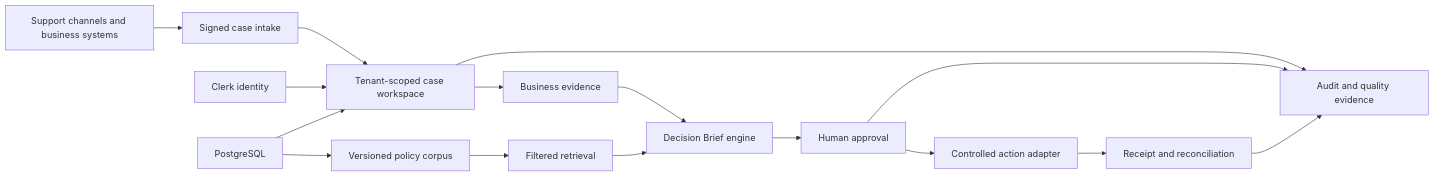
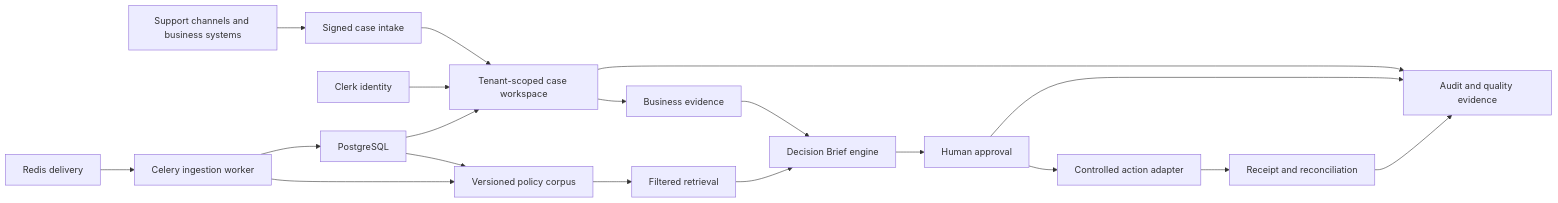
The diagram in README.md (williamlo90/case-resolution-copilot), drawn with Mermaid before and after one commit. The commit also changed other lines of this file and 51 other files, not shown here.

Commit message:
feat: add durable async ingestion and aws-ready architecture

````diff
--- a/README.md
+++ b/README.md
@@ -109,18 +119,21 @@
 ```mermaid
 flowchart LR
     SOURCE["Support channels and business systems"] --> INTAKE["Signed case intake"]
     INTAKE --> CASES["Tenant-scoped case workspace"]
     CASES --> EVIDENCE["Business evidence"]
     POLICY["Versioned policy corpus"] --> RETRIEVAL["Filtered retrieval"]
     EVIDENCE --> BRIEF["Decision Brief engine"]
     RETRIEVAL --> BRIEF
     BRIEF --> REVIEW["Human approval"]
     REVIEW --> ACTION["Controlled action adapter"]
     ACTION --> RECEIPT["Receipt and reconciliation"]
     CASES --> AUDIT["Audit and quality evidence"]
     REVIEW --> AUDIT
     RECEIPT --> AUDIT
     CLERK["Clerk identity"] --> CASES
     DB["PostgreSQL"] --> CASES
     DB --> POLICY
+    REDIS["Redis delivery"] --> WORKER["Celery ingestion worker"]
+    WORKER --> DB
+    WORKER --> POLICY
 ```
````
